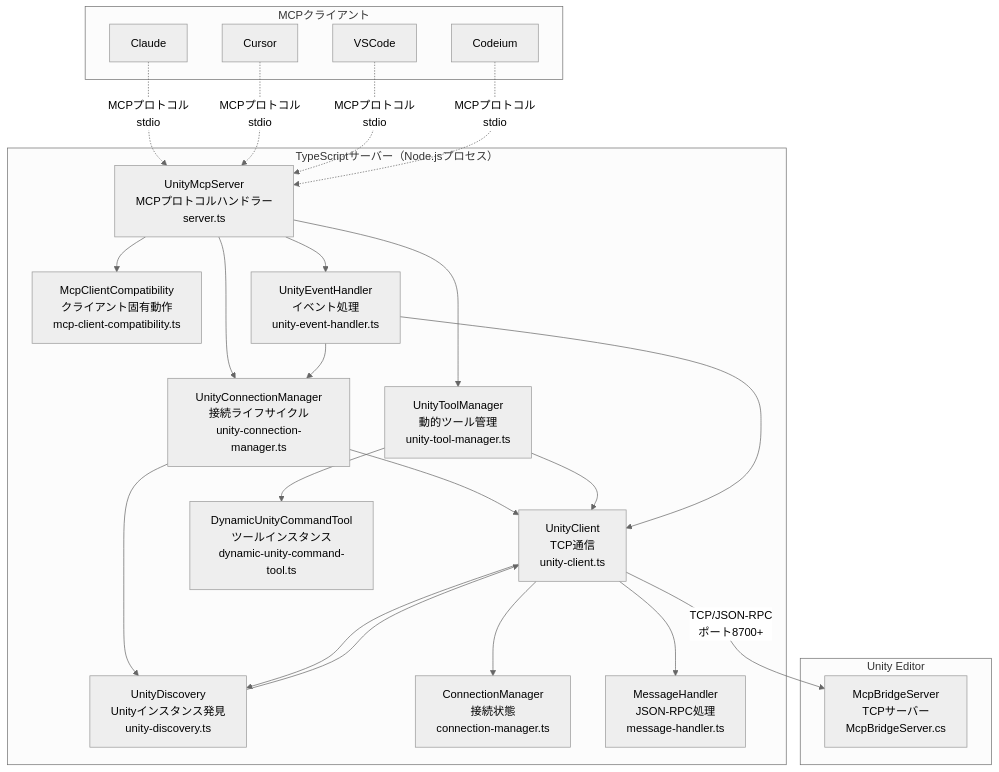
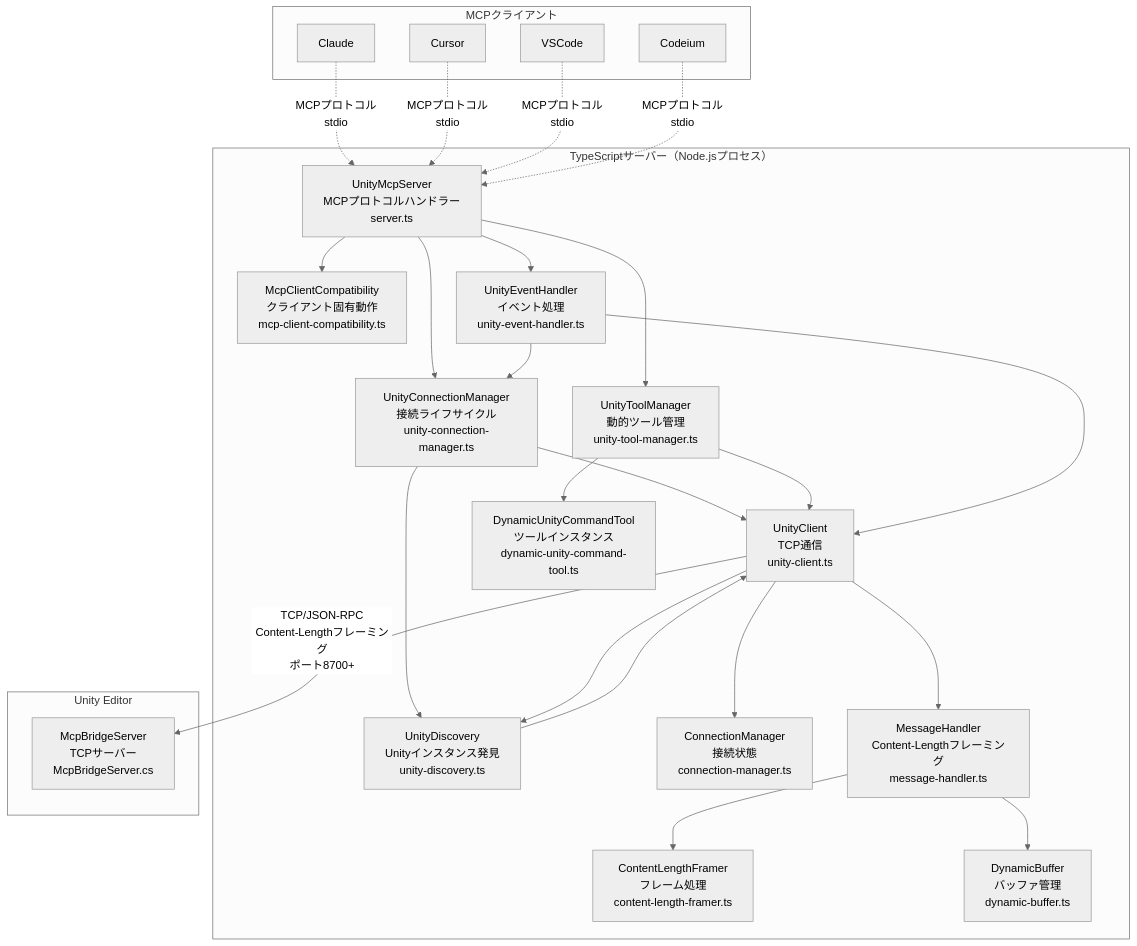
Diagram 14 of 16 in Packages/src/ARCHITECTURE_ja.md (hatayama/uLoopMCP), drawn with Mermaid (neutral theme) before and after one commit. The commit also changed other lines of this file and 24 other files, not shown here.

First line of the commit message:
feat: implement Content-Length framing for TCP communication

````diff
--- a/Packages/src/ARCHITECTURE_ja.md
+++ b/Packages/src/ARCHITECTURE_ja.md
@@ -1105,47 +1123,51 @@
 ```mermaid
 graph TB
     subgraph "MCPクライアント"
         Claude[Claude]
         Cursor[Cursor]
         VSCode[VSCode]
         Codeium[Codeium]
     end
     
     subgraph "TypeScriptサーバー（Node.jsプロセス）"
         MCP[UnityMcpServer<br/>MCPプロトコルハンドラー<br/>server.ts]
         UCM[UnityConnectionManager<br/>接続ライフサイクル<br/>unity-connection-manager.ts]
         UTM[UnityToolManager<br/>動的ツール管理<br/>unity-tool-manager.ts]
         MCC[McpClientCompatibility<br/>クライアント固有動作<br/>mcp-client-compatibility.ts]
         UEH[UnityEventHandler<br/>イベント処理<br/>unity-event-handler.ts]
         UC[UnityClient<br/>TCP通信<br/>unity-client.ts]
         UD[UnityDiscovery<br/>Unityインスタンス発見<br/>unity-discovery.ts]
         CM[ConnectionManager<br/>接続状態<br/>connection-manager.ts]
-        MH[MessageHandler<br/>JSON-RPC処理<br/>message-handler.ts]
+        MH[MessageHandler<br/>Content-Lengthフレーミング<br/>message-handler.ts]
+        CLF[ContentLengthFramer<br/>フレーム処理<br/>content-length-framer.ts]
+        DB[DynamicBuffer<br/>バッファ管理<br/>dynamic-buffer.ts]
         Tools[DynamicUnityCommandTool<br/>ツールインスタンス<br/>dynamic-unity-command-tool.ts]
     end
     
     subgraph "Unity Editor"
         Bridge[McpBridgeServer<br/>TCPサーバー<br/>McpBridgeServer.cs]
     end
     
     Claude -.->|MCPプロトコル<br/>stdio| MCP
     Cursor -.->|MCPプロトコル<br/>stdio| MCP
     VSCode -.->|MCPプロトコル<br/>stdio| MCP
     Codeium -.->|MCPプロトコル<br/>stdio| MCP
     
     MCP --> UCM
     MCP --> UTM
     MCP --> MCC
     MCP --> UEH
     UCM --> UC
     UCM --> UD
     UTM --> UC
     UTM --> Tools
     UEH --> UC
     UEH --> UCM
     UC --> CM
     UC --> MH
     UC --> UD
     UD --> UC
-    UC -->|TCP/JSON-RPC<br/>ポート8700+| Bridge
+    MH --> CLF
+    MH --> DB
+    UC -->|TCP/JSON-RPC<br/>Content-Lengthフレーミング<br/>ポート8700+| Bridge
 ```
````
